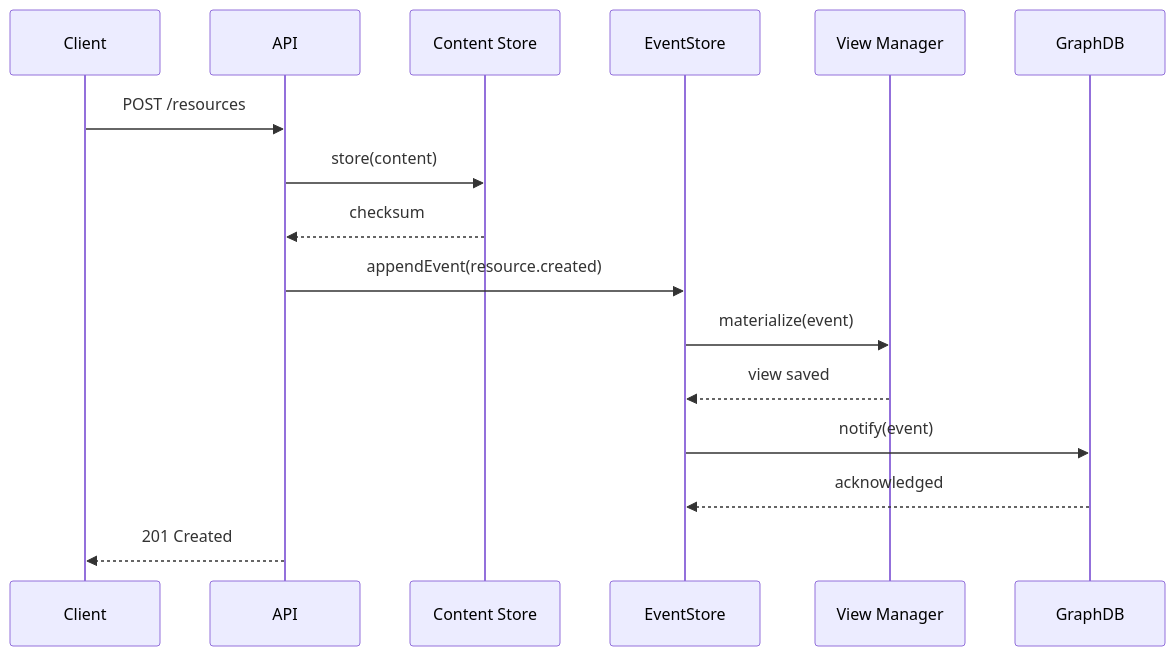
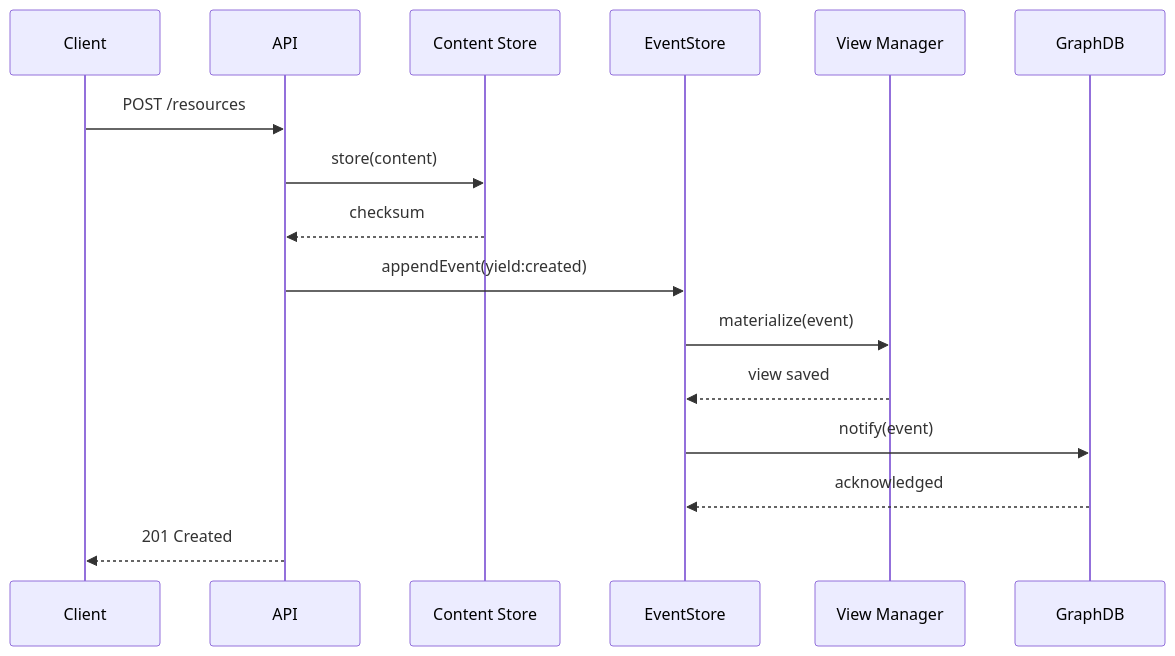
Before and after one commit to The-AI-Alliance/semiont: the first of 7 diagrams in apps/backend/docs/DATA-FLOW.md, drawn with Mermaid. The commit also changed other lines of this file and 123 other files, not shown here.

````diff
--- a/apps/backend/docs/DATA-FLOW.md
+++ b/apps/backend/docs/DATA-FLOW.md
@@ -11,19 +11,19 @@
 ```mermaid
 sequenceDiagram
     participant Client
     participant API
     participant RepStore as Content Store
     participant EventStore
     participant ViewMgr as View Manager
     participant GraphDB
 
     Client->>API: POST /resources
     API->>RepStore: store(content)
     RepStore-->>API: checksum
-    API->>EventStore: appendEvent(resource.created)
+    API->>EventStore: appendEvent(yield:created)
     EventStore->>ViewMgr: materialize(event)
     ViewMgr-->>EventStore: view saved
     EventStore->>GraphDB: notify(event)
     GraphDB-->>EventStore: acknowledged
     API-->>Client: 201 Created
 ```
````
